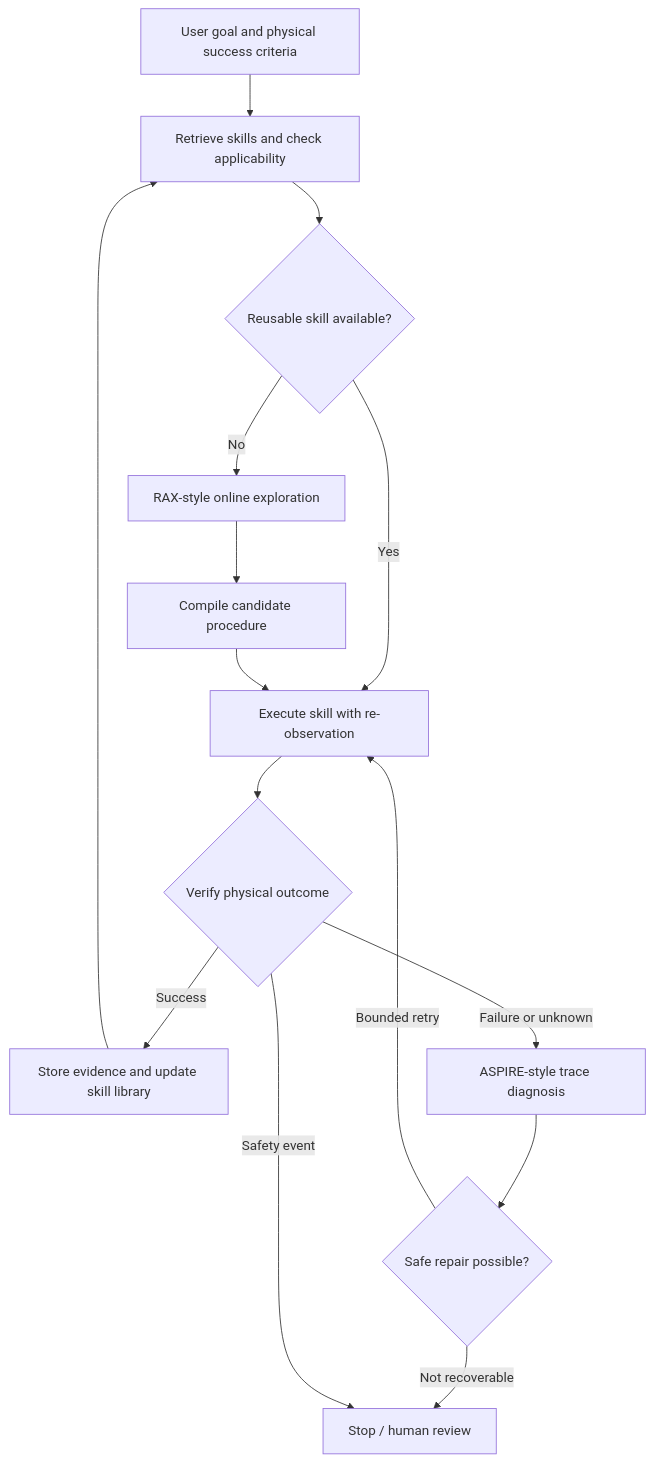
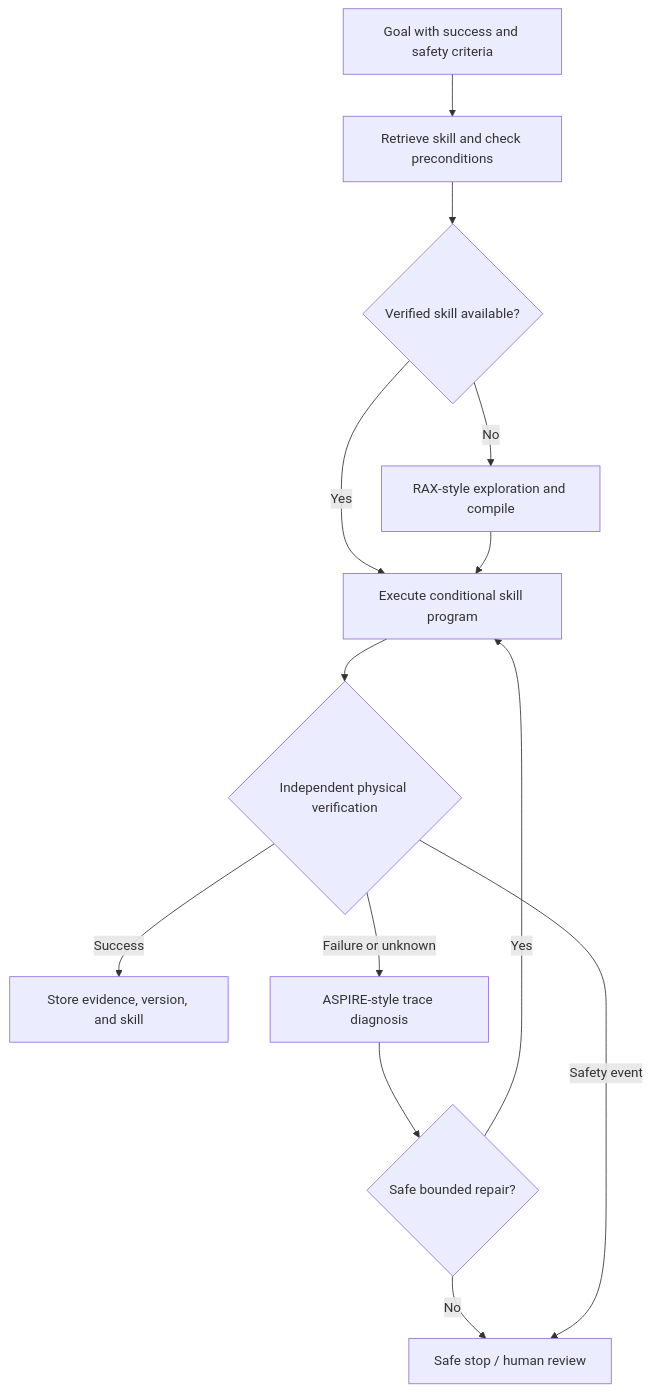
One commit to zengxiong111/Foundation_of_Embodied_AI changed the fourth of 4 diagrams in md/Robot_Agent_Workflow_EN.md. Above: the diagram before and after it, drawn with Mermaid. The commit also changed other lines of this file and 8 other files, not shown here.

````diff
--- a/md/Robot_Agent_Workflow_EN.md
+++ b/md/Robot_Agent_Workflow_EN.md
@@ -192,17 +285,15 @@
 ```mermaid
 flowchart TB
-    U[User goal and physical success criteria] --> K[Retrieve skills and check applicability]
-    K --> D{Reusable skill available?}
-    D -->|Yes| X[Execute skill with re-observation]
-    D -->|No| E[RAX-style online exploration]
-    E --> B[Compile candidate procedure]
-    B --> X
-    X --> J{Verify physical outcome}
-    J -->|Success| M[Store evidence and update skill library]
-    J -->|Failure or unknown| T[ASPIRE-style trace diagnosis]
-    T --> F{Safe repair possible?}
-    F -->|Bounded retry| X
-    F -->|Not recoverable| H[Stop / human review]
-    J -->|Safety event| H
-    M --> K
+  G[Goal with success and safety criteria] --> L[Retrieve skill and check preconditions]
+  L --> Q{Verified skill available?}
+  Q -->|Yes| X[Execute conditional skill program]
+  Q -->|No| E[RAX-style exploration and compile]
+  E --> X
+  X --> V{Independent physical verification}
+  V -->|Success| M[Store evidence, version, and skill]
+  V -->|Failure or unknown| T[ASPIRE-style trace diagnosis]
+  T --> F{Safe bounded repair?}
+  F -->|Yes| X
+  F -->|No| H[Safe stop / human review]
+  V -->|Safety event| H
 ```
````
